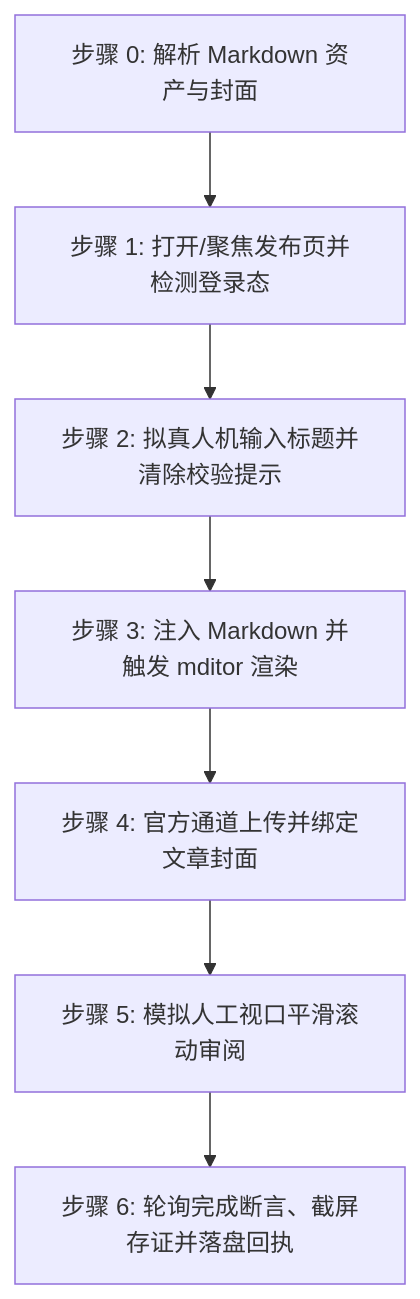
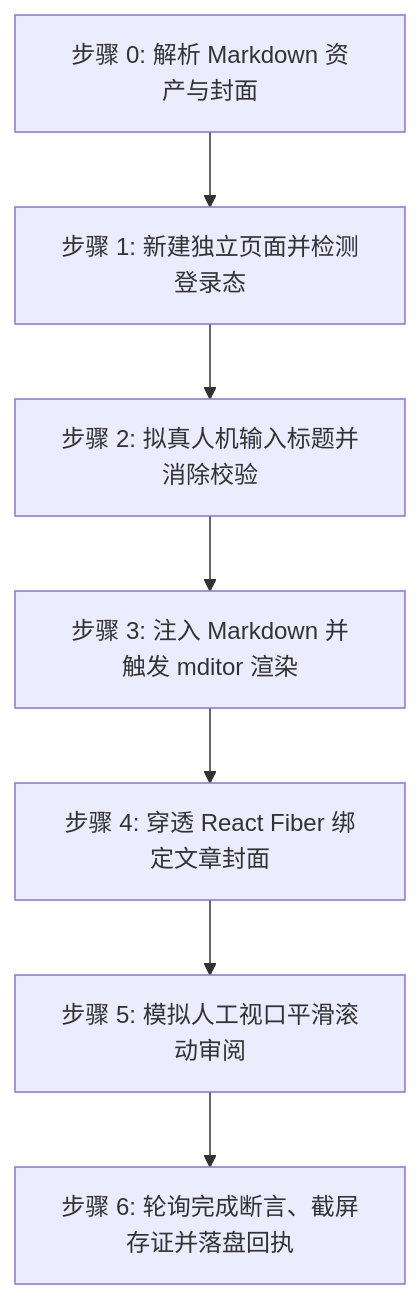
Before and after one commit to undsky/doudou-publish-skills: the diagram in skills/doudou-aliyun/SKILL.md, drawn with Mermaid. The commit also changed other lines of this file and 46 other files, not shown here.

````diff
--- a/skills/doudou-aliyun/SKILL.md
+++ b/skills/doudou-aliyun/SKILL.md
@@ -128,9 +30,9 @@
 ```mermaid
 flowchart TD
-    S0[步骤 0: 解析 Markdown 资产与封面] --> S1[步骤 1: 打开/聚焦发布页并检测登录态]
-    S1 --> S2[步骤 2: 拟真人机输入标题并清除校验提示]
+    S0[步骤 0: 解析 Markdown 资产与封面] --> S1[步骤 1: 新建独立页面并检测登录态]
+    S1 --> S2[步骤 2: 拟真人机输入标题并消除校验]
     S2 --> S3[步骤 3: 注入 Markdown 并触发 mditor 渲染]
-    S3 --> S4[步骤 4: 官方通道上传并绑定文章封面]
+    S3 --> S4[步骤 4: 穿透 React Fiber 绑定文章封面]
     S4 --> S5[步骤 5: 模拟人工视口平滑滚动审阅]
     S5 --> S6[步骤 6: 轮询完成断言、截屏存证并落盘回执]
 ```
````
